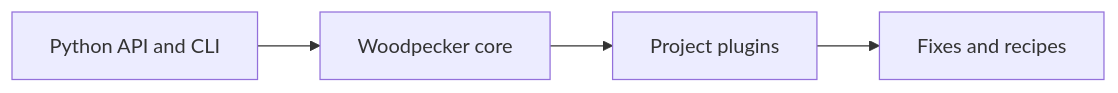
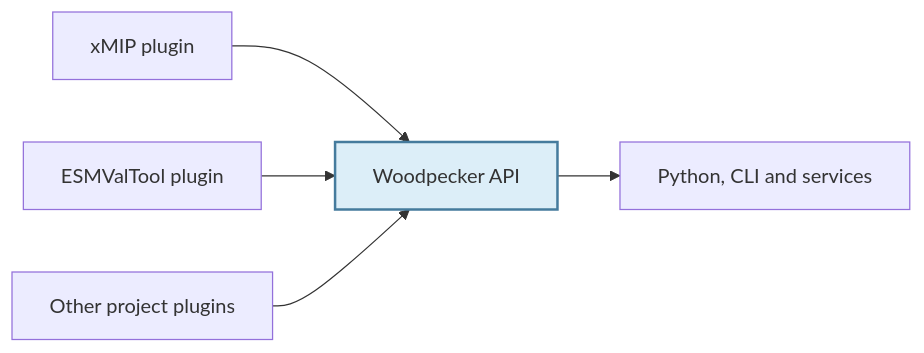
Before and after one commit to roocs/woodpecker: the third of 9 diagrams in overview-slides.md, drawn with Mermaid. The commit also changed other lines of this file, not shown here.

````diff
--- a/overview-slides.md
+++ b/overview-slides.md
@@ -65,6 +65,8 @@
 ```mermaid
 flowchart LR
-    U["Python API and CLI"] --> C["Woodpecker core"]
-    C --> P["Project plugins"]
-    P --> F["Fixes and recipes"]
+    X["xMIP plugin"] --> I["Woodpecker API"]
+    E["ESMValTool plugin"] --> I
+    P["Other project plugins"] --> I
+    I --> W["Python, CLI and services"]
+    style I fill:#dceef8,stroke:#457b9d,stroke-width:2px
 ```
````
